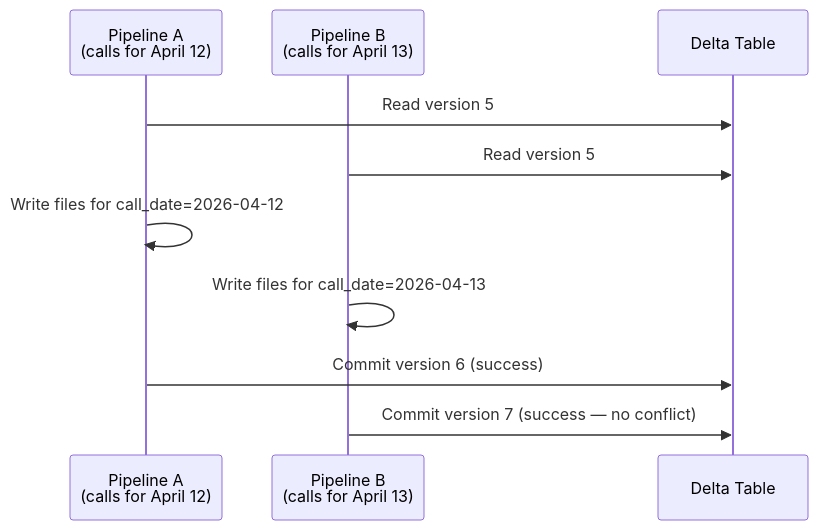
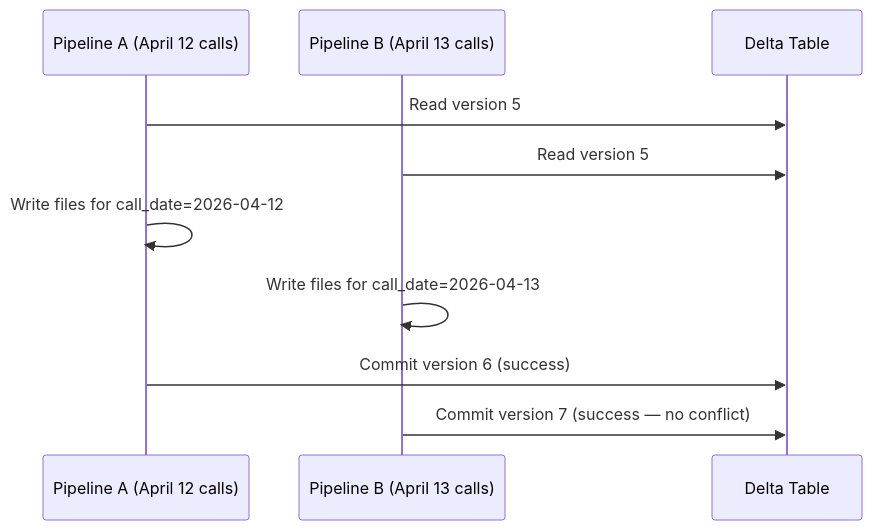
Before and after one commit to sunilmogadati/systems-in-production: the second of 3 diagrams in playbooks/data/pipelines/lakehouse/06_Production_Patterns.md, drawn with Mermaid. The commit also changed other lines of this file and 17 other files, not shown here.

First line of the commit message:
Add 3 new playbooks + CTL/TOC pattern — closes all gaps from client architecture

````diff
--- a/playbooks/data/pipelines/lakehouse/06_Production_Patterns.md
+++ b/playbooks/data/pipelines/lakehouse/06_Production_Patterns.md
@@ -88,13 +88,13 @@
 ```mermaid
 sequenceDiagram
-    participant PA as Pipeline A<br/>(calls for April 12)
-    participant PB as Pipeline B<br/>(calls for April 13)
+    participant PA as Pipeline A (April 12 calls)
+    participant PB as Pipeline B (April 13 calls)
     participant Delta as Delta Table
 
     PA->>Delta: Read version 5
     PB->>Delta: Read version 5
     PA->>PA: Write files for call_date=2026-04-12
     PB->>PB: Write files for call_date=2026-04-13
     PA->>Delta: Commit version 6 (success)
     PB->>Delta: Commit version 7 (success — no conflict)
 ```
````
